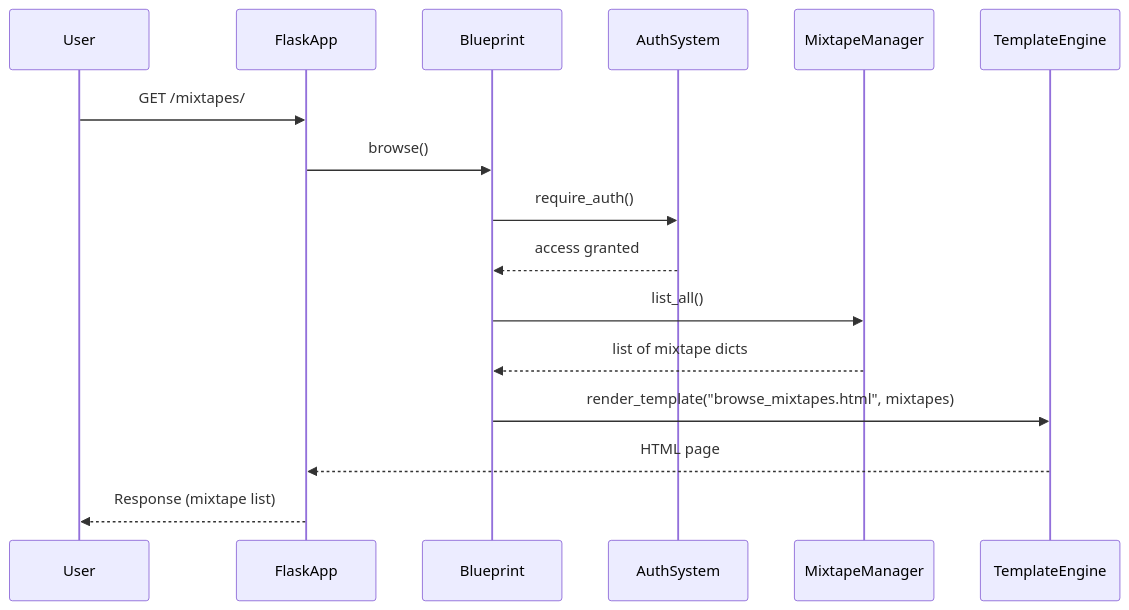
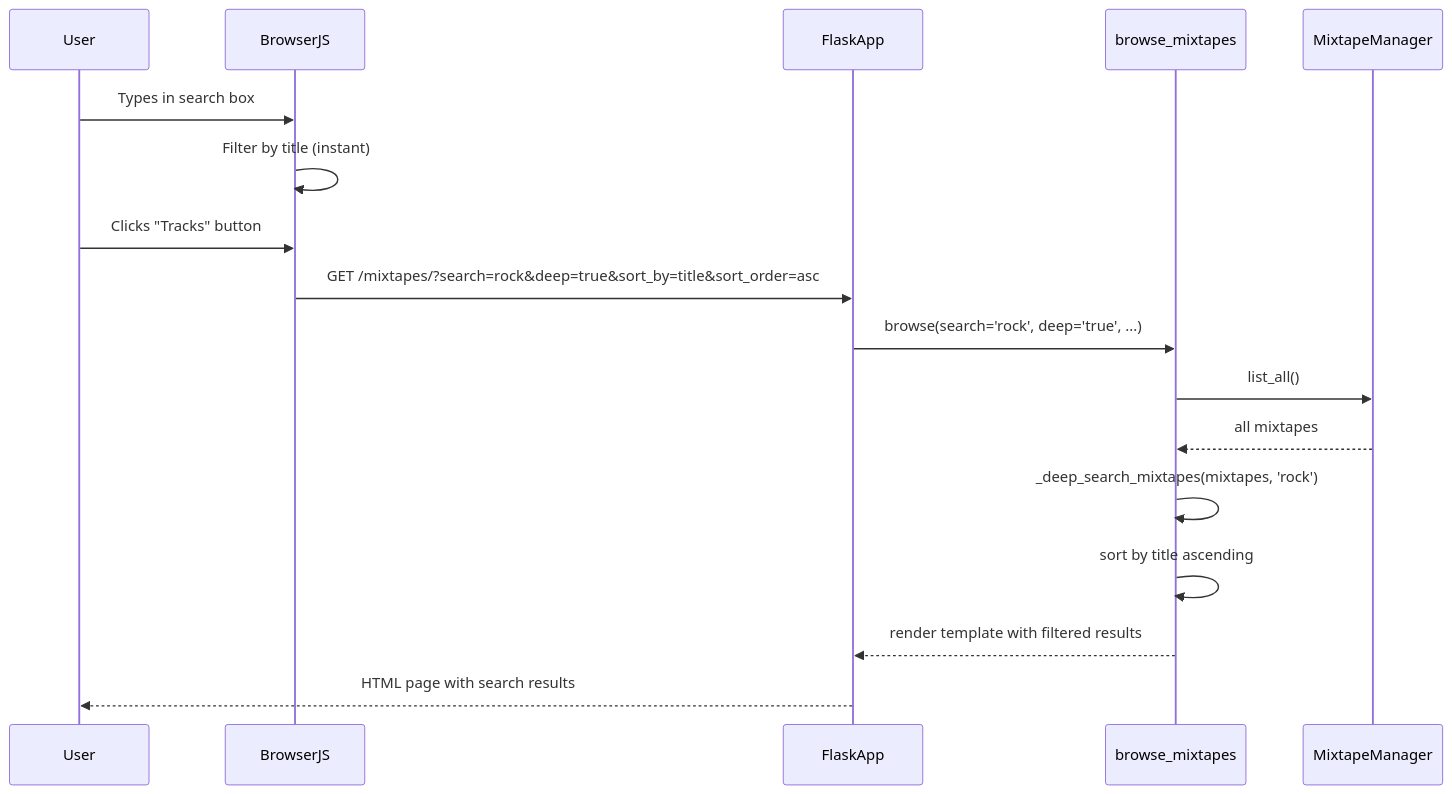
One commit to mark-me/mixtape-society changed the second of 3 diagrams in docs/development/routes/browse_mixtapes.md. Above: the diagram before and after it, drawn with Mermaid. The commit also changed other lines of this file, not shown here.

````diff
--- a/docs/development/routes/browse_mixtapes.md
+++ b/docs/development/routes/browse_mixtapes.md
@@ -160,19 +311,21 @@
 ```mermaid
 sequenceDiagram
     participant User
+    participant BrowserJS
     participant FlaskApp
-    participant browse_mixtapes as Blueprint
-    participant AuthSystem
+    participant Blueprint as browse_mixtapes
     participant MixtapeManager
-    participant TemplateEngine
 
-    User->>FlaskApp: GET /mixtapes/
-    FlaskApp->>browse_mixtapes: browse()
-    browse_mixtapes->>AuthSystem: require_auth()
-    AuthSystem-->>browse_mixtapes: access granted
-    browse_mixtapes->>MixtapeManager: list_all()
-    MixtapeManager-->>browse_mixtapes: list of mixtape dicts
-    browse_mixtapes->>TemplateEngine: render_template("browse_mixtapes.html", mixtapes)
-    TemplateEngine-->>FlaskApp: HTML page
-    FlaskApp-->>User: Response (mixtape list)
+    User->>BrowserJS: Types in search box
+    BrowserJS->>BrowserJS: Filter by title (instant)
+    
+    User->>BrowserJS: Clicks "Tracks" button
+    BrowserJS->>FlaskApp: GET /mixtapes/?search=rock&deep=true&sort_by=title&sort_order=asc
+    FlaskApp->>Blueprint: browse(search='rock', deep='true', ...)
+    Blueprint->>MixtapeManager: list_all()
+    MixtapeManager-->>Blueprint: all mixtapes
+    Blueprint->>Blueprint: _deep_search_mixtapes(mixtapes, 'rock')
+    Blueprint->>Blueprint: sort by title ascending
+    Blueprint-->>FlaskApp: render template with filtered results
+    FlaskApp-->>User: HTML page with search results
 ```
````
